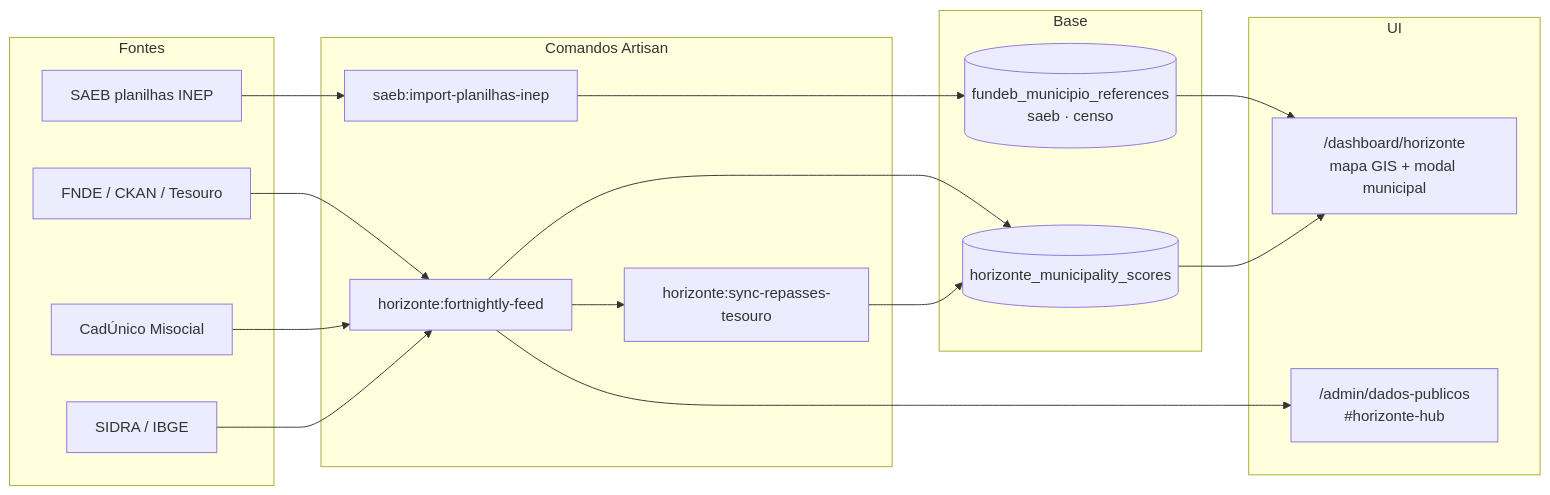
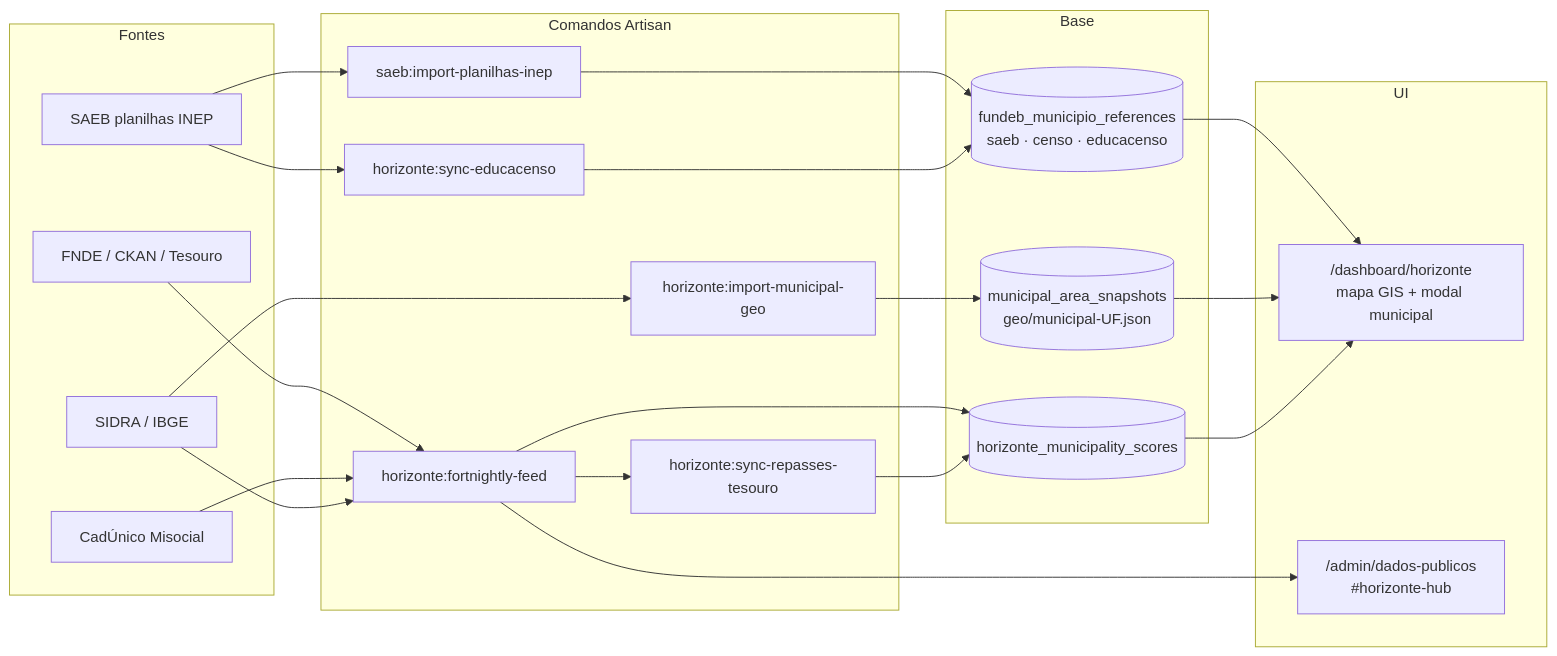
The eighth of 9 diagrams in docs/ARQUITETURA_E_FLUXOS.md (JaderGabriel/serventec-servlitcys), drawn with Mermaid before and after one commit. The commit also changed other lines of this file and 33 other files, not shown here.

````diff
--- a/docs/ARQUITETURA_E_FLUXOS.md
+++ b/docs/ARQUITETURA_E_FLUXOS.md
@@ -263,37 +263,45 @@
 ```mermaid
 flowchart LR
     subgraph Fontes
         FNDE[FNDE / CKAN / Tesouro]
         INEP[SAEB planilhas INEP]
         MDS[CadÚnico Misocial]
         IBGE[SIDRA / IBGE]
     end
 
     subgraph CLI["Comandos Artisan"]
         Feed[horizonte:fortnightly-feed]
         SyncRep[horizonte:sync-repasses-tesouro]
         SAEB[saeb:import-planilhas-inep]
+        Edu[horizonte:sync-educacenso]
+        Geo[horizonte:import-municipal-geo]
     end
 
     subgraph Base
         Scores[(horizonte_municipality_scores)]
-        Ref[(fundeb_municipio_references<br/>saeb · censo)]
+        Ref[(fundeb_municipio_references<br/>saeb · censo · educacenso)]
+        Area[(municipal_area_snapshots<br/>geo/municipal-UF.json)]
     end
 
     subgraph UI
         Mapa["/dashboard/horizonte<br/>mapa GIS + modal municipal"]
         Hub["/admin/dados-publicos<br/>#horizonte-hub"]
     end
 
     FNDE --> Feed
     INEP --> SAEB
+    INEP --> Edu
     MDS --> Feed
     IBGE --> Feed
+    IBGE --> Geo
     Feed --> SyncRep
     SAEB --> Ref
+    Edu --> Ref
+    Geo --> Area
     Feed --> Scores
     SyncRep --> Scores
     Ref --> Mapa
+    Area --> Mapa
     Scores --> Mapa
     Feed --> Hub
 ```
````
